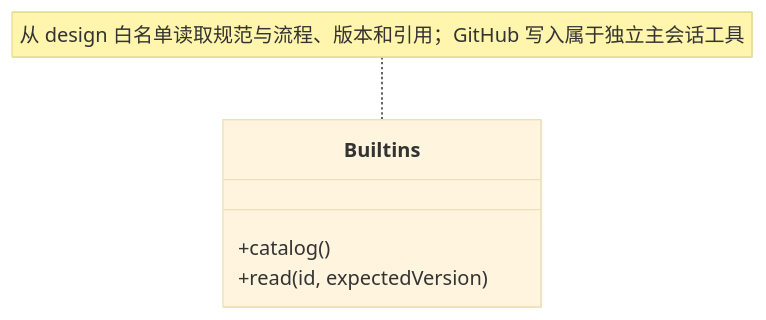
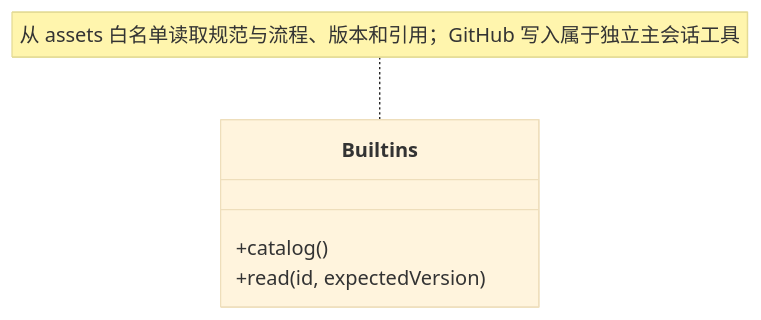
The tenth of 10 diagrams in src/logic/knowledge/rules/ARCHITECTURE.md (nan023062/cbim), drawn with Mermaid (base theme) before and after one commit. The commit also changed other lines of this file and 209 other files, not shown here.

Commit message:
refactor(resources): separate all design documents from runtime assets (#92)

````diff
--- a/src/logic/knowledge/rules/ARCHITECTURE.md
+++ b/src/logic/knowledge/rules/ARCHITECTURE.md
@@ -248,8 +248,8 @@
 ```mermaid
 classDiagram
 class Builtins {
   +catalog()
   +read(id, expectedVersion)
 }
-note for Builtins "从 design 白名单读取规范与流程、版本和引用；GitHub 写入属于独立主会话工具"
+note for Builtins "从 assets 白名单读取规范与流程、版本和引用；GitHub 写入属于独立主会话工具"
 ```
````
